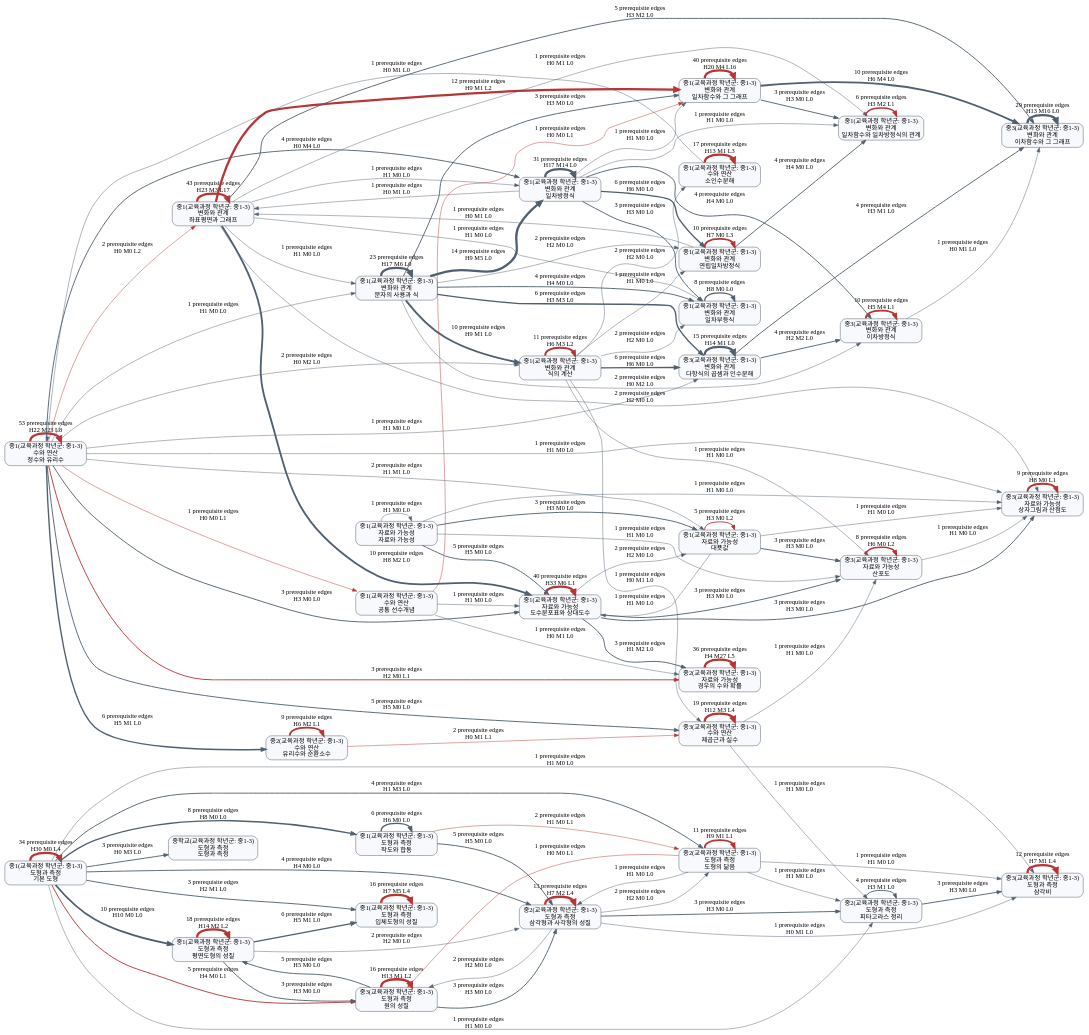
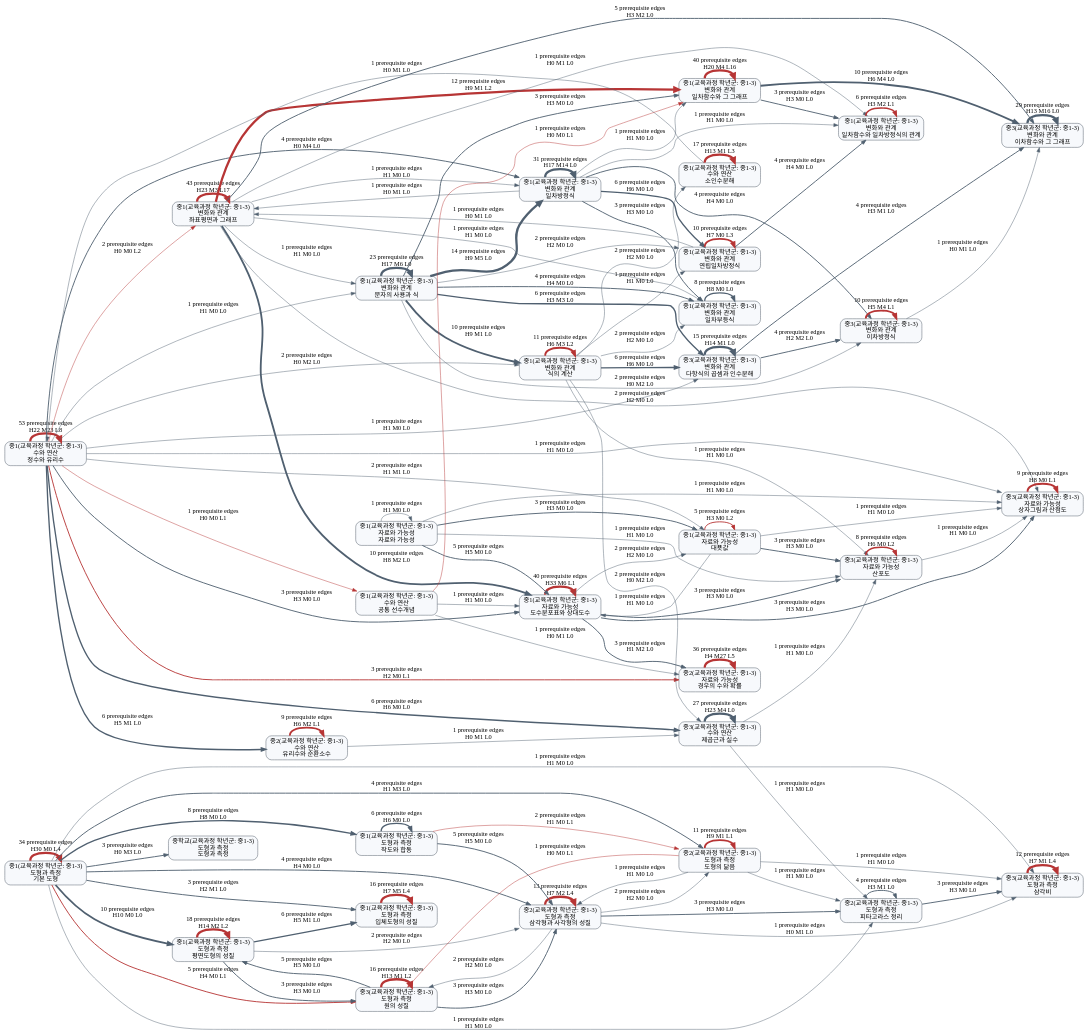
Before and after one commit to BeomjinSouth/Seteuk: the diagram in 교육과정 모음 정리본/docs/math-concept-map/prerequisite-unit-graph.dot, drawn with Graphviz. The commit also changed 73 other files, not shown here.

```diff
--- a/교육과정 모음 정리본/docs/math-concept-map/prerequisite-unit-graph.dot
+++ b/교육과정 모음 정리본/docs/math-concept-map/prerequisite-unit-graph.dot
@@ -12,8 +12,8 @@
   unit_006 [label="중1(교육과정 학년군: 중1-3)\n도형과 측정\n기본 도형"];
   unit_007 [label="중1(교육과정 학년군: 중1-3)\n변화와 관계\n일차방정식"];
   unit_008 [label="중3(교육과정 학년군: 중1-3)\n변화와 관계\n이차함수와 그 그래프"];
-  unit_009 [label="중1(교육과정 학년군: 중1-3)\n변화와 관계\n문자의 사용과 식"];
-  unit_010 [label="중3(교육과정 학년군: 중1-3)\n수와 연산\n제곱근과 실수"];
+  unit_009 [label="중3(교육과정 학년군: 중1-3)\n수와 연산\n제곱근과 실수"];
+  unit_010 [label="중1(교육과정 학년군: 중1-3)\n변화와 관계\n문자의 사용과 식"];
   unit_011 [label="중1(교육과정 학년군: 중1-3)\n도형과 측정\n평면도형의 성질"];
   unit_012 [label="중1(교육과정 학년군: 중1-3)\n수와 연산\n소인수분해"];
   unit_013 [label="중1(교육과정 학년군: 중1-3)\n도형과 측정\n입체도형의 성질"];
@@ -45,21 +45,21 @@
   unit_006 -> unit_006 [label="34 prerequisite edges\nH30 M0 L4", color="#b73535", penwidth=5];
   unit_007 -> unit_007 [label="31 prerequisite edges\nH17 M14 L0", color="#506070", penwidth=5];
   unit_008 -> unit_008 [label="29 prerequisite edges\nH13 M16 L0", color="#506070", penwidth=5];
-  unit_009 -> unit_009 [label="23 prerequisite edges\nH17 M6 L0", color="#506070", penwidth=5];
-  unit_010 -> unit_010 [label="19 prerequisite edges\nH12 M3 L4", color="#b73535", penwidth=5];
+  unit_009 -> unit_009 [label="27 prerequisite edges\nH23 M4 L0", color="#506070", penwidth=5];
+  unit_010 -> unit_010 [label="23 prerequisite edges\nH17 M6 L0", color="#506070", penwidth=5];
   unit_011 -> unit_011 [label="18 prerequisite edges\nH14 M2 L2", color="#b73535", penwidth=5];
   unit_012 -> unit_012 [label="17 prerequisite edges\nH13 M1 L3", color="#b73535", penwidth=5];
   unit_013 -> unit_013 [label="16 prerequisite edges\nH7 M5 L4", color="#b73535", penwidth=5];
   unit_014 -> unit_014 [label="16 prerequisite edges\nH13 M1 L2", color="#b73535", penwidth=5];
   unit_015 -> unit_015 [label="15 prerequisite edges\nH14 M1 L0", color="#506070", penwidth=5];
-  unit_009 -> unit_007 [label="14 prerequisite edges\nH9 M5 L0", color="#506070", penwidth=5];
+  unit_010 -> unit_007 [label="14 prerequisite edges\nH9 M5 L0", color="#506070", penwidth=5];
   unit_016 -> unit_016 [label="13 prerequisite edges\nH7 M2 L4", color="#b73535", penwidth=5];
   unit_002 -> unit_003 [label="12 prerequisite edges\nH9 M1 L2", color="#b73535", penwidth=5];
   unit_017 -> unit_017 [label="12 prerequisite edges\nH7 M1 L4", color="#b73535", penwidth=5];
   unit_018 -> unit_018 [label="11 prerequisite edges\nH6 M3 L2", color="#b73535", penwidth=4];
   unit_019 -> unit_019 [label="11 prerequisite edges\nH9 M1 L1", color="#b73535", penwidth=4];
   unit_006 -> unit_011 [label="10 prerequisite edges\nH10 M0 L0", color="#506070", penwidth=4];
-  unit_009 -> unit_018 [label="10 prerequisite edges\nH9 M1 L0", color="#506070", penwidth=4];
+  unit_010 -> unit_018 [label="10 prerequisite edges\nH9 M1 L0", color="#506070", penwidth=4];
   unit_020 -> unit_020 [label="10 prerequisite edges\nH7 M0 L3", color="#b73535", penwidth=4];
   unit_003 -> unit_008 [label="10 prerequisite edges\nH6 M4 L0", color="#506070", penwidth=4];
   unit_002 -> unit_004 [label="10 prerequisite edges\nH8 M2 L0", color="#506070", penwidth=4];
@@ -71,21 +71,21 @@
   unit_026 -> unit_026 [label="8 prerequisite edges\nH6 M0 L2", color="#b73535", penwidth=3];
   unit_024 -> unit_024 [label="6 prerequisite edges\nH6 M0 L0", color="#506070", penwidth=3];
   unit_011 -> unit_013 [label="6 prerequisite edges\nH5 M1 L0", color="#506070", penwidth=3];
-  unit_009 -> unit_015 [label="6 prerequisite edges\nH3 M3 L0", color="#506070", penwidth=3];
+  unit_010 -> unit_015 [label="6 prerequisite edges\nH3 M3 L0", color="#506070", penwidth=3];
   unit_018 -> unit_015 [label="6 prerequisite edges\nH6 M0 L0", color="#506070", penwidth=3];
   unit_007 -> unit_020 [label="6 prerequisite edges\nH6 M0 L0", color="#506070", penwidth=3];
   unit_027 -> unit_027 [label="6 prerequisite edges\nH3 M2 L1", color="#b73535", penwidth=3];
   unit_001 -> unit_022 [label="6 prerequisite edges\nH5 M1 L0", color="#506070", penwidth=3];
+  unit_001 -> unit_009 [label="6 prerequisite edges\nH6 M0 L0", color="#506070", penwidth=3];
   unit_006 -> unit_014 [label="5 prerequisite edges\nH4 M0 L1", color="#b73535", penwidth=2];
   unit_024 -> unit_016 [label="5 prerequisite edges\nH5 M0 L0", color="#506070", penwidth=2];
   unit_002 -> unit_008 [label="5 prerequisite edges\nH3 M2 L0", color="#506070", penwidth=2];
-  unit_001 -> unit_010 [label="5 prerequisite edges\nH5 M0 L0", color="#506070", penwidth=2];
   unit_028 -> unit_028 [label="5 prerequisite edges\nH3 M0 L2", color="#b73535", penwidth=2];
   unit_029 -> unit_004 [label="5 prerequisite edges\nH5 M0 L0", color="#506070", penwidth=2];
   unit_014 -> unit_011 [label="5 prerequisite edges\nH5 M0 L0", color="#506070", penwidth=2];
   unit_006 -> unit_019 [label="4 prerequisite edges\nH1 M3 L0", color="#506070", penwidth=2];
   unit_006 -> unit_016 [label="4 prerequisite edges\nH4 M0 L0", color="#506070", penwidth=2];
-  unit_009 -> unit_025 [label="4 prerequisite edges\nH4 M0 L0", color="#506070", penwidth=2];
+  unit_010 -> unit_025 [label="4 prerequisite edges\nH4 M0 L0", color="#506070", penwidth=2];
   unit_020 -> unit_027 [label="4 prerequisite edges\nH4 M0 L0", color="#506070", penwidth=2];
   unit_007 -> unit_021 [label="4 prerequisite edges\nH4 M0 L0", color="#506070", penwidth=2];
   unit_001 -> unit_007 [label="4 prerequisite edges\nH0 M4 L0", color="#506070", penwidth=2];
@@ -95,7 +95,7 @@
   unit_006 -> unit_013 [label="3 prerequisite edges\nH2 M1 L0", color="#506070", penwidth=2];
   unit_006 -> unit_031 [label="3 prerequisite edges\nH0 M3 L0", color="#506070", penwidth=2];
   unit_011 -> unit_014 [label="3 prerequisite edges\nH3 M0 L0", color="#506070", penwidth=2];
-  unit_009 -> unit_003 [label="3 prerequisite edges\nH3 M0 L0", color="#506070", penwidth=2];
+  unit_010 -> unit_003 [label="3 prerequisite edges\nH3 M0 L0", color="#506070", penwidth=2];
   unit_007 -> unit_025 [label="3 prerequisite edges\nH3 M0 L0", color="#506070", penwidth=2];
   unit_003 -> unit_027 [label="3 prerequisite edges\nH3 M0 L0", color="#506070", penwidth=2];
   unit_001 -> unit_004 [label="3 prerequisite edges\nH3 M0 L0", color="#506070", penwidth=2];
@@ -110,10 +110,11 @@
   unit_014 -> unit_016 [label="3 prerequisite edges\nH3 M0 L0", color="#506070", penwidth=2];
   unit_024 -> unit_019 [label="2 prerequisite edges\nH1 M0 L1", color="#b73535", penwidth=1];
   unit_011 -> unit_016 [label="2 prerequisite edges\nH2 M0 L0", color="#506070", penwidth=1];
-  unit_009 -> unit_020 [label="2 prerequisite edges\nH2 M0 L0", color="#506070", penwidth=1];
-  unit_009 -> unit_021 [label="2 prerequisite edges\nH0 M2 L0", color="#506070", penwidth=1];
+  unit_010 -> unit_020 [label="2 prerequisite edges\nH2 M0 L0", color="#506070", penwidth=1];
+  unit_010 -> unit_021 [label="2 prerequisite edges\nH0 M2 L0", color="#506070", penwidth=1];
   unit_018 -> unit_025 [label="2 prerequisite edges\nH2 M0 L0", color="#506070", penwidth=1];
   unit_018 -> unit_012 [label="2 prerequisite edges\nH2 M0 L0", color="#506070", penwidth=1];
+  unit_018 -> unit_009 [label="2 prerequisite edges\nH0 M2 L0", color="#506070", penwidth=1];
   unit_002 -> unit_023 [label="2 prerequisite edges\nH2 M0 L0", color="#506070", penwidth=1];
   unit_001 -> unit_018 [label="2 prerequisite edges\nH0 M2 L0", color="#506070", penwidth=1];
   unit_001 -> unit_002 [label="2 prerequisite edges\nH0 M0 L2", color="#b73535", penwidth=1];
@@ -121,17 +122,15 @@
   unit_004 -> unit_028 [label="2 prerequisite edges\nH2 M0 L0", color="#506070", penwidth=1];
   unit_016 -> unit_019 [label="2 prerequisite edges\nH2 M0 L0", color="#506070", penwidth=1];
   unit_016 -> unit_014 [label="2 prerequisite edges\nH2 M0 L0", color="#506070", penwidth=1];
-  unit_022 -> unit_010 [label="2 prerequisite edges\nH0 M1 L1", color="#b73535", penwidth=1];
   unit_006 -> unit_030 [label="1 prerequisite edges\nH1 M0 L0", color="#506070", penwidth=1];
   unit_006 -> unit_017 [label="1 prerequisite edges\nH1 M0 L0", color="#506070", penwidth=1];
   unit_018 -> unit_020 [label="1 prerequisite edges\nH1 M0 L0", color="#506070", penwidth=1];
-  unit_018 -> unit_010 [label="1 prerequisite edges\nH0 M1 L0", color="#506070", penwidth=1];
   unit_018 -> unit_026 [label="1 prerequisite edges\nH1 M0 L0", color="#506070", penwidth=1];
   unit_020 -> unit_002 [label="1 prerequisite edges\nH0 M1 L0", color="#506070", penwidth=1];
   unit_007 -> unit_003 [label="1 prerequisite edges\nH1 M0 L0", color="#506070", penwidth=1];
   unit_007 -> unit_027 [label="1 prerequisite edges\nH1 M0 L0", color="#506070", penwidth=1];
   unit_007 -> unit_002 [label="1 prerequisite edges\nH0 M1 L0", color="#506070", penwidth=1];
-  unit_002 -> unit_009 [label="1 prerequisite edges\nH1 M0 L0", color="#506070", penwidth=1];
+  unit_002 -> unit_010 [label="1 prerequisite edges\nH1 M0 L0", color="#506070", penwidth=1];
   unit_002 -> unit_007 [label="1 prerequisite edges\nH1 M0 L0", color="#506070", penwidth=1];
   unit_002 -> unit_025 [label="1 prerequisite edges\nH1 M0 L0", color="#506070", penwidth=1];
   unit_002 -> unit_027 [label="1 prerequisite edges\nH0 M1 L0", color="#506070", penwidth=1];
@@ -139,7 +138,7 @@
   unit_032 -> unit_004 [label="1 prerequisite edges\nH1 M0 L0", color="#506070", penwidth=1];
   unit_032 -> unit_005 [label="1 prerequisite edges\nH0 M1 L0", color="#506070", penwidth=1];
   unit_012 -> unit_001 [label="1 prerequisite edges\nH0 M1 L0", color="#506070", penwidth=1];
-  unit_001 -> unit_009 [label="1 prerequisite edges\nH1 M0 L0", color="#506070", penwidth=1];
+  unit_001 -> unit_010 [label="1 prerequisite edges\nH1 M0 L0", color="#506070", penwidth=1];
   unit_001 -> unit_032 [label="1 prerequisite edges\nH0 M0 L1", color="#b73535", penwidth=1];
   unit_001 -> unit_015 [label="1 prerequisite edges\nH1 M0 L0", color="#506070", penwidth=1];
   unit_001 -> unit_023 [label="1 prerequisite edges\nH1 M0 L0", color="#506070", penwidth=1];
@@ -153,8 +152,9 @@
   unit_019 -> unit_017 [label="1 prerequisite edges\nH1 M0 L0", color="#506070", penwidth=1];
   unit_019 -> unit_014 [label="1 prerequisite edges\nH0 M0 L1", color="#b73535", penwidth=1];
   unit_016 -> unit_017 [label="1 prerequisite edges\nH0 M1 L0", color="#506070", penwidth=1];
+  unit_022 -> unit_009 [label="1 prerequisite edges\nH0 M1 L0", color="#506070", penwidth=1];
   unit_021 -> unit_008 [label="1 prerequisite edges\nH0 M1 L0", color="#506070", penwidth=1];
-  unit_010 -> unit_030 [label="1 prerequisite edges\nH1 M0 L0", color="#506070", penwidth=1];
-  unit_010 -> unit_026 [label="1 prerequisite edges\nH1 M0 L0", color="#506070", penwidth=1];
+  unit_009 -> unit_030 [label="1 prerequisite edges\nH1 M0 L0", color="#506070", penwidth=1];
+  unit_009 -> unit_026 [label="1 prerequisite edges\nH1 M0 L0", color="#506070", penwidth=1];
   unit_026 -> unit_023 [label="1 prerequisite edges\nH1 M0 L0", color="#506070", penwidth=1];
 }
```
